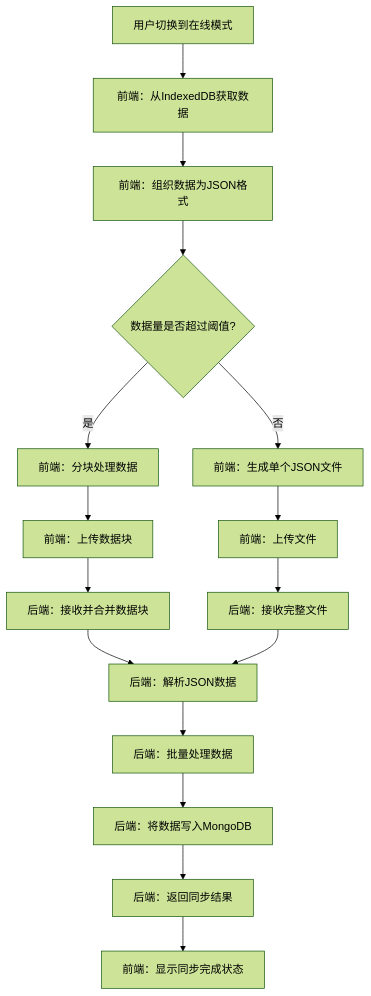
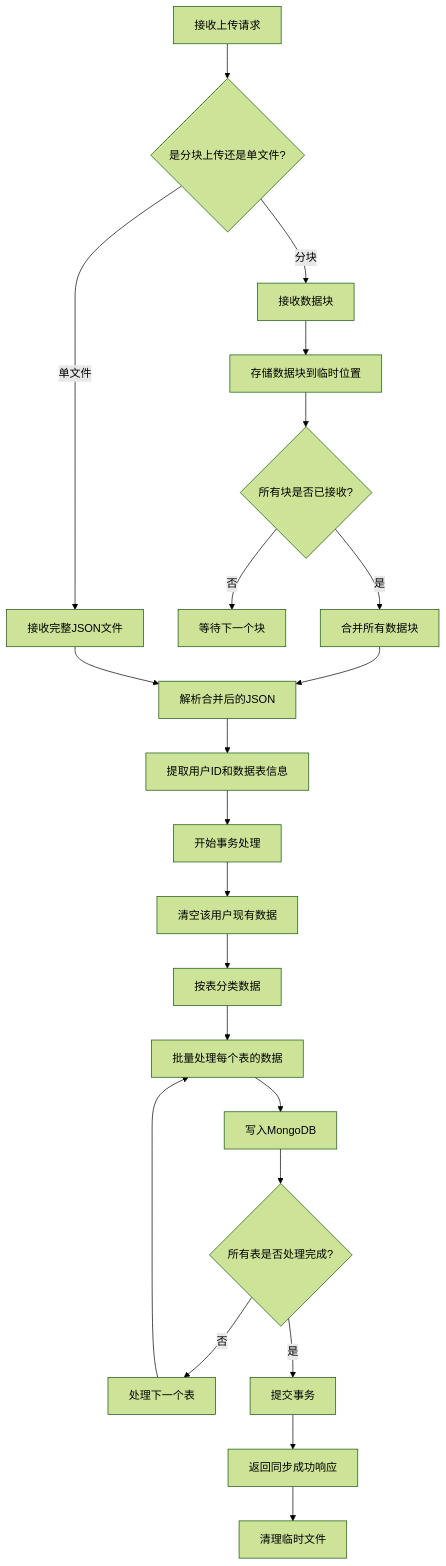
Before and after one commit to yingjianzh/iodraw-files: the diagram in all/未命名-59.md, drawn with Mermaid (forest theme).

Commit message:
2025-05-14 17:12:41 update

````diff
--- a/all/未命名-59.md
+++ b/all/未命名-59.md
@@ -1,21 +1,24 @@
 ```mermaid
-
 flowchart TD
-    A[用户切换到在线模式] --> B[前端：从IndexedDB获取数据]
-    B --> C[前端：组织数据为JSON格式]
-    C --> D{数据量是否超过阈值?}
-    D -->|是| E[前端：分块处理数据]
-    D -->|否| F[前端：生成单个JSON文件]
-    E --> G[前端：上传数据块]
-    F --> H[前端：上传文件]
-    G --> I[后端：接收并合并数据块]
-    H --> J[后端：接收完整文件]
-    I --> K[后端：解析JSON数据]
-    J --> K
-    K --> L[后端：批量处理数据]
-    L --> M[后端：将数据写入MongoDB]
-    M --> N[后端：返回同步结果]
-    N --> O[前端：显示同步完成状态]
-
-
+    A[接收上传请求] --> B{是分块上传还是单文件?}
+    B -->|单文件| C[接收完整JSON文件]
+    B -->|分块| D[接收数据块]
+    D --> E[存储数据块到临时位置]
+    E --> F{所有块是否已接收?}
+    F -->|否| G[等待下一个块]
+    F -->|是| H[合并所有数据块]
+    H --> I[解析合并后的JSON]
+    C --> I
+    I --> J[提取用户ID和数据表信息]
+    J --> K[开始事务处理]
+    K --> L[清空该用户现有数据]
+    L --> M[按表分类数据]
+    M --> N[批量处理每个表的数据]
+    N --> O[写入MongoDB]
+    O --> P{所有表是否处理完成?}
+    P -->|否| Q[处理下一个表]
+    Q --> N
+    P -->|是| R[提交事务]
+    R --> S[返回同步成功响应]
+    S --> T[清理临时文件]
 ```
````
